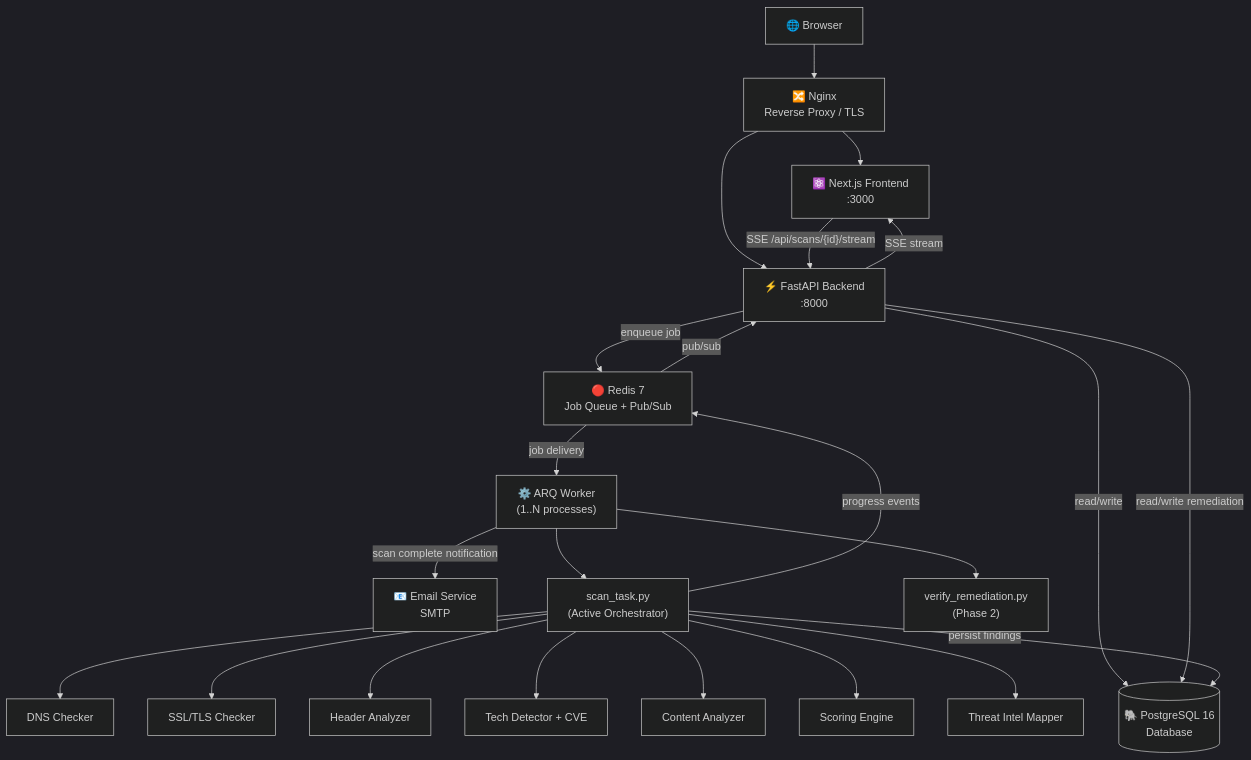
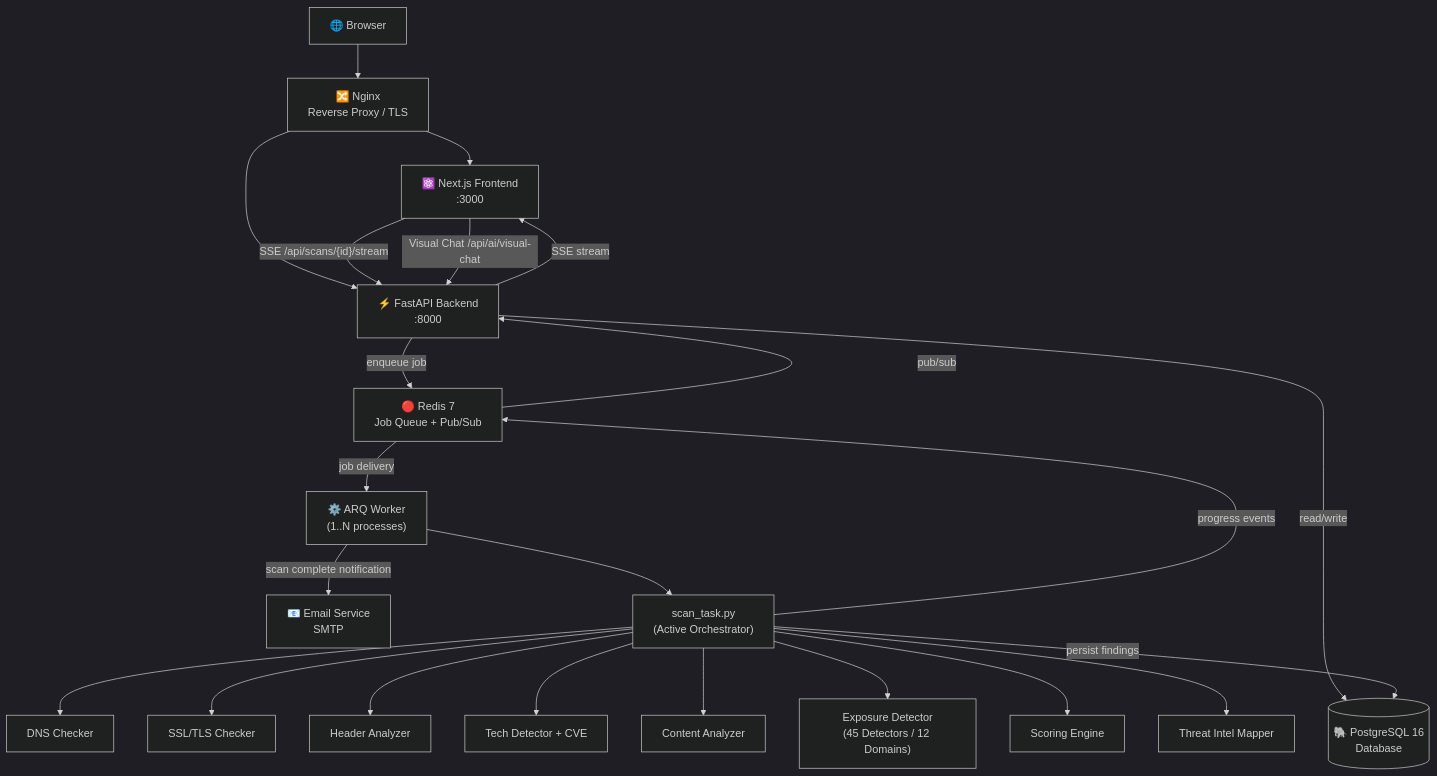
The first of 10 diagrams in docs/ARCHITECTURE.md (Nandinivora18/AttackSurface), drawn with Mermaid (dark theme) before and after one commit. The commit also changed other lines of this file and 94 other files, not shown here.

First line of the commit message:
feat: finalize SentinelScan release with AI and exposure intelligence

````diff
--- a/docs/ARCHITECTURE.md
+++ b/docs/ARCHITECTURE.md
@@ -16,41 +16,42 @@
 ```mermaid
 graph TB
     Browser["🌐 Browser"]
     Nginx["🔀 Nginx\nReverse Proxy / TLS"]
     Frontend["⚛️ Next.js Frontend\n:3000"]
     API["⚡ FastAPI Backend\n:8000"]
     Redis["🔴 Redis 7\nJob Queue + Pub/Sub"]
     Worker["⚙️ ARQ Worker\n(1..N processes)"]
     DNS["DNS Checker"]
     SSL["SSL/TLS Checker"]
     Headers["Header Analyzer"]
     Tech["Tech Detector + CVE"]
     Content["Content Analyzer"]
+    Exposure["Exposure Detector\n(45 Detectors / 12 Domains)"]
     Scoring["Scoring Engine"]
     ThreatIntel["Threat Intel Mapper"]
     DB[("🐘 PostgreSQL 16\nDatabase")]
     Email["📧 Email Service\nSMTP"]
 
     Browser --> Nginx
     Nginx --> Frontend
     Nginx --> API
     Frontend -- "SSE /api/scans/{id}/stream" --> API
+    Frontend -- "Visual Chat /api/ai/visual-chat" --> API
     API -- "enqueue job" --> Redis
     API -- "read/write" --> DB
-    API -- "read/write remediation" --> DB
     Redis -- "job delivery" --> Worker
     Worker --> ScanTask["scan_task.py\n(Active Orchestrator)"]
-    Worker --> VerifyRemediation["verify_remediation.py\n(Phase 2)"]
     ScanTask --> DNS
     ScanTask --> SSL
     ScanTask --> Headers
     ScanTask --> Tech
     ScanTask --> Content
+    ScanTask --> Exposure
     ScanTask --> Scoring
     ScanTask --> ThreatIntel
     ScanTask -- "persist findings" --> DB
     ScanTask -- "progress events" --> Redis
     Redis -- "pub/sub" --> API
     API -- "SSE stream" --> Frontend
     Worker -- "scan complete notification" --> Email
 ```
````
